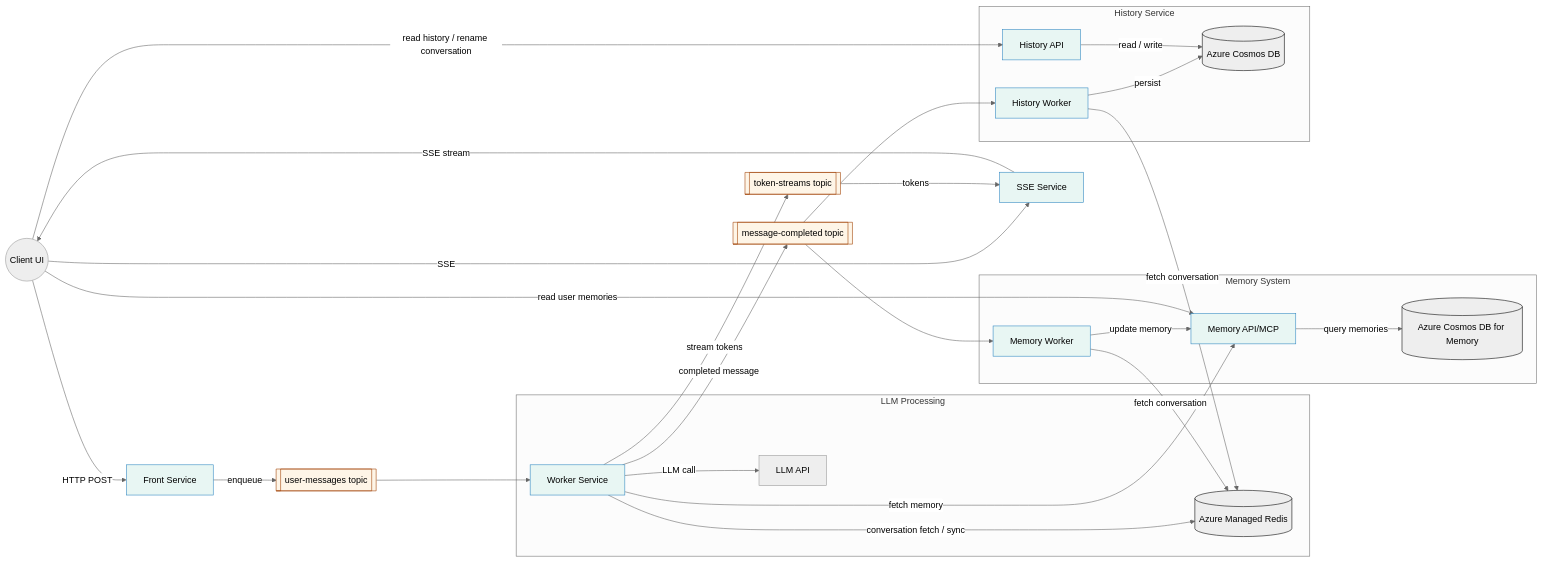
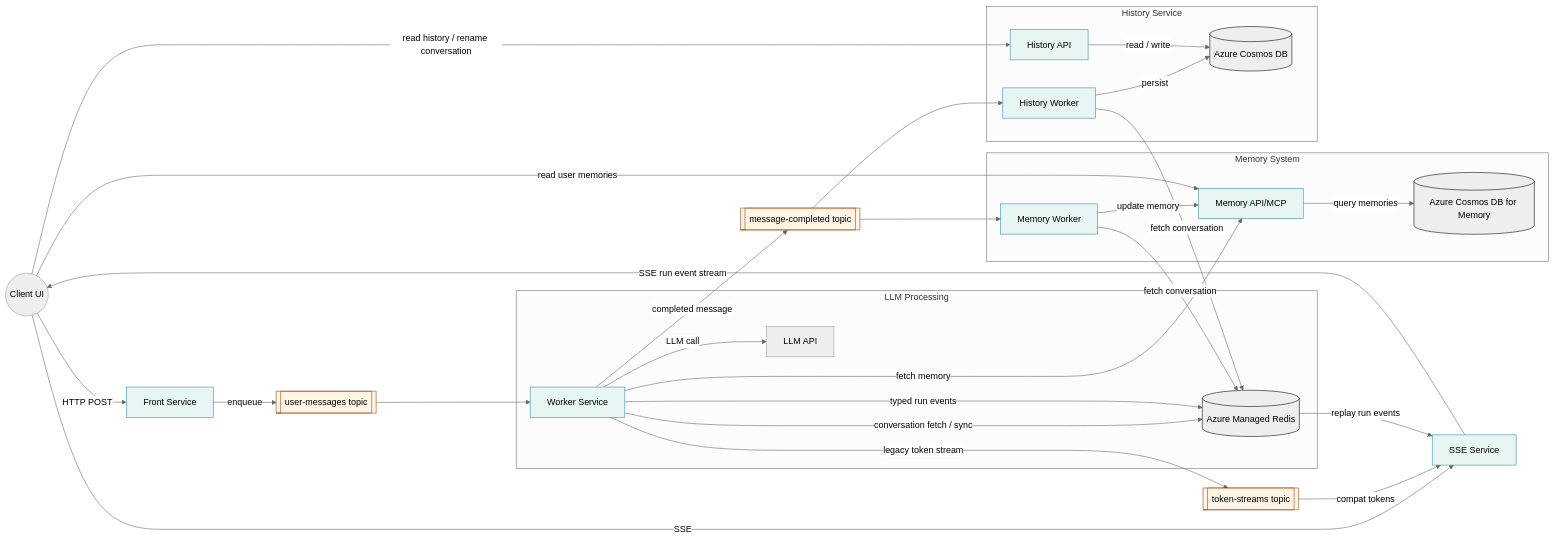
One commit to tkubica12/scalable-ai-chat changed the first of 5 diagrams in docs/Architecture.md. Above: the diagram before and after it, drawn with Mermaid (neutral theme). The commit also changed other lines of this file and 52 other files, not shown here.

Commit message:
Implement durable run event architecture

````diff
--- a/docs/Architecture.md
+++ b/docs/Architecture.md
@@ -45,49 +54,51 @@
 ```mermaid
 flowchart LR
     Client((Client UI)) -->|HTTP POST| Front[Front Service]
     Client -->|SSE| SSE[SSE Service]
 
     Front -->|enqueue| UserMsgTopic[[user-messages topic]]
     UserMsgTopic --> Worker[Worker Service]
 
     subgraph LLMProcessing["LLM Processing"]
         Worker
         Redis[(Azure Managed Redis)]
         LLM[LLM API]
     end
     Worker -->|conversation fetch / sync| Redis
     Worker -->|LLM call| LLM    
     subgraph MemorySystem["Memory System"]
         MemoryWorker[Memory Worker]
         MemoryAPI[Memory API/MCP]
         CosmosDBMem[(Azure Cosmos DB for Memory)]
     end
     Worker -->|fetch memory| MemoryAPI    
     MemoryAPI -->|query memories| CosmosDBMem
     CompletedTopic --> MemoryWorker
     MemoryWorker -->|fetch conversation| Redis
     MemoryWorker -->|update memory| MemoryAPI
 
-    Worker -->|stream tokens| TokenTopic[[token-streams topic]]
+    Worker -->|typed run events| Redis
+    Worker -->|legacy token stream| TokenTopic[[token-streams topic]]
     Worker -->|completed message| CompletedTopic[[message-completed topic]]
-    TokenTopic -->|tokens| SSE
-    SSE -->|SSE stream| Client    
+    TokenTopic -->|compat tokens| SSE
+    Redis -->|replay run events| SSE
+    SSE -->|SSE run event stream| Client
     subgraph HistoryService["History Service"]
         HistoryWorker[History Worker]
         HistoryAPI[History API]
         CosmosDB[(Azure Cosmos DB)]
     end
     CompletedTopic --> HistoryWorker
     HistoryWorker -->|fetch conversation| Redis
     HistoryWorker -->|persist| CosmosDB    
     Client -->|read history / rename conversation| HistoryAPI
     Client -->|read user memories| MemoryAPI
     HistoryAPI -->|read / write| CosmosDB
 
     classDef service fill:#E8F6F3,stroke:#2E86C1,stroke-width:1px;
     classDef storage fill:#EEEEEE,stroke:#000000,stroke-width:1px;
     classDef queue   fill:#FEF5E7,stroke:#A04000,stroke-width:1px;    
     class Front,SSE,Worker,HistoryAPI,HistoryWorker,MemoryAPI,MemoryWorker service;
     class Redis,CosmosDB,CosmosDBMem storage;
     class UserMsgTopic,TokenTopic,CompletedTopic queue;
 ```
````
